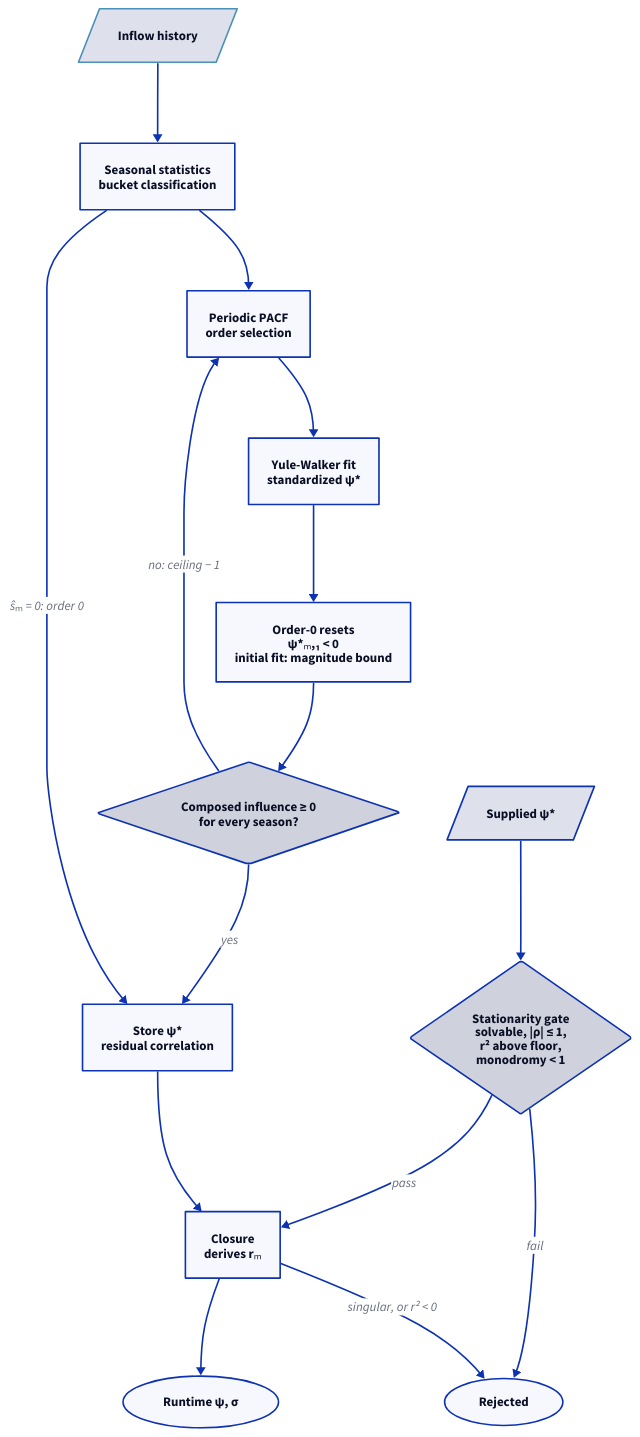
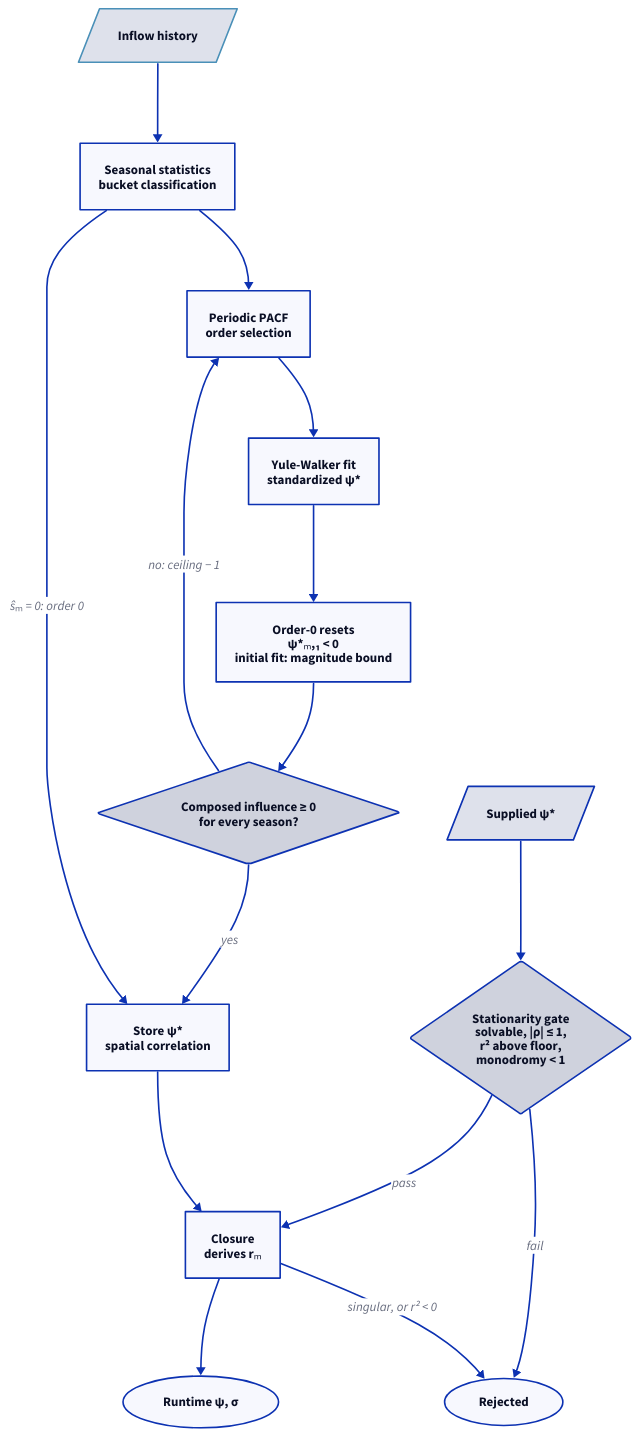
One commit to ons-ccee-epe/novomodelo-docs changed the second of 2 diagrams in src/content/docs/math/par-inflow-model.mdx. Above: the diagram before and after it, drawn with D2. The commit also changed other lines of this file and 15 other files, not shown here.

````diff
--- a/src/content/docs/math/par-inflow-model.mdx
+++ b/src/content/docs/math/par-inflow-model.mdx
@@ -250,35 +250,35 @@
 ```d2
 direction: down
 
 classes: {
   hydro: {style: {stroke: "#4a90b8"}}
 }
 
 hist: "Inflow history" {shape: parallelogram; class: hydro}
 stats: "Seasonal statistics\nbucket classification"
 pacf: "Periodic PACF\norder selection"
 yw: "Yule-Walker fit\nstandardized ψ*"
 resets: "Order-0 resets\nψ*ₘ,₁ < 0\ninitial fit: magnitude bound"
 check: "Composed influence ≥ 0\nfor every season?" {shape: diamond}
-store: "Store ψ*\nresidual correlation"
+store: "Store ψ*\nspatial correlation"
 supplied: "Supplied ψ*" {shape: parallelogram}
 gate: "Stationarity gate\nsolvable, |ρ| ≤ 1,\nr² above floor,\nmonodromy < 1" {shape: diamond}
 rejected: "Rejected" {shape: oval}
 closure: "Closure\nderives rₘ"
 runtime: "Runtime ψ, σ" {shape: oval}
 
 hist -> stats
 stats -> pacf
 pacf -> yw
 yw -> resets
 resets -> check
 check -> store: "yes"
 stats -> store: "ŝₘ = 0: order 0"
 supplied -> gate
 gate -> closure: "pass"
 gate -> rejected: "fail"
 store -> closure
 closure -> runtime
 closure -> rejected: "singular, or r² < 0"
 check -> pacf: "no: ceiling − 1"
 ```
````
